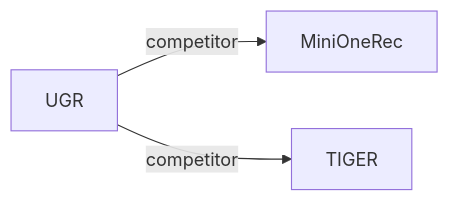
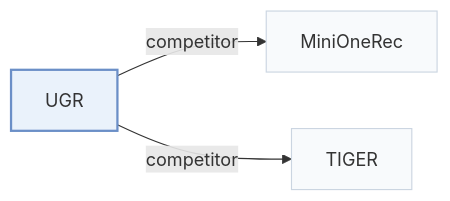
The second of 2 diagrams in pages/papers/ugr.md (Galaxy-ghost/Awesome-SID-Generative-Rec), drawn with Mermaid before and after one commit. The commit also changed other lines of this file and 649 other files, not shown here.

Commit message:
writer-05: also tags and modality index (schema, check, build, visuals); summary field removed; calibration data for 12 papers

````diff
--- a/pages/papers/ugr.md
+++ b/pages/papers/ugr.md
@@ -67,6 +74,10 @@
 ```mermaid
 flowchart LR
     P["UGR"]
-    P -->|competitor| A["MiniOneRec"]
-    P -->|competitor| B["TIGER"]
+    P -->|"competitor"| A["MiniOneRec"]
+    P -->|"competitor"| B["TIGER"]
+    classDef main fill:#eaf2fb,stroke:#6b8fc7,stroke-width:2px
+    classDef peer fill:#f8fafc,stroke:#cbd5e1
+    class P main
+    class A,B peer
 ```
````
